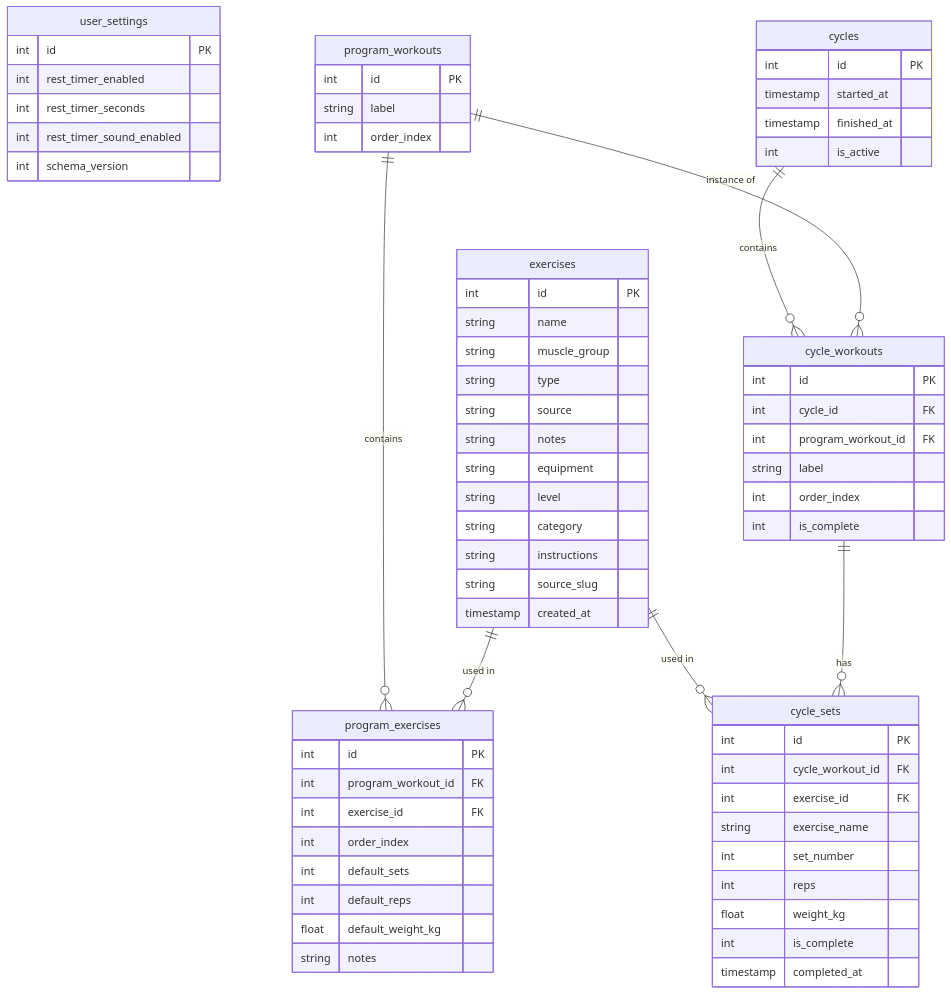
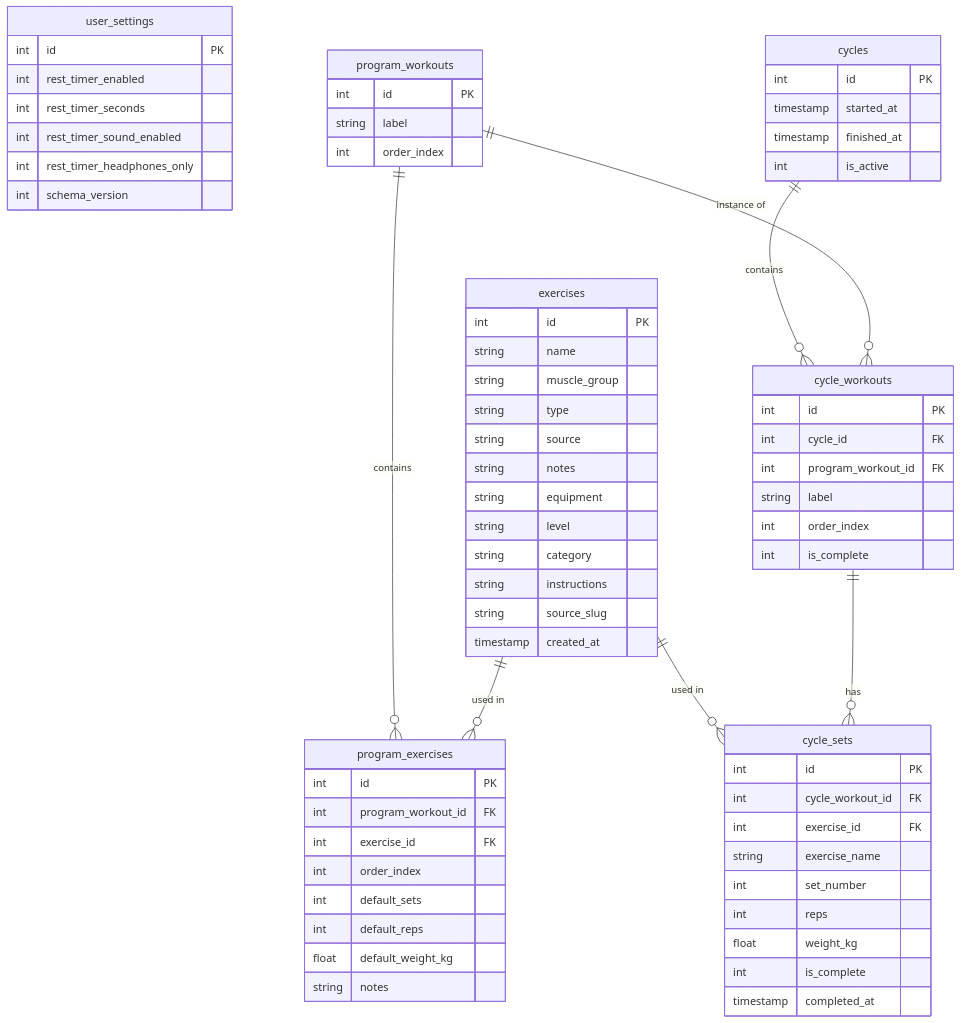
Before and after one commit to Kevintrf/MyTrainingHabits: the diagram in database/schema.md, drawn with Mermaid. The commit also changed other lines of this file and 10 other files, not shown here.

First line of the commit message:
feat: "Headphones only" option for the rest-complete sound

````diff
--- a/database/schema.md
+++ b/database/schema.md
@@ -5,77 +5,78 @@
 ```mermaid
 erDiagram
     user_settings {
         int id PK
         int rest_timer_enabled
         int rest_timer_seconds
         int rest_timer_sound_enabled
+        int rest_timer_headphones_only
         int schema_version
     }
 
     exercises {
         int id PK
         string name
         string muscle_group
         string type
         string source
         string notes
         string equipment
         string level
         string category
         string instructions
         string source_slug
         timestamp created_at
     }
 
     program_workouts {
         int id PK
         string label
         int order_index
     }
 
     program_exercises {
         int id PK
         int program_workout_id FK
         int exercise_id FK
         int order_index
         int default_sets
         int default_reps
         float default_weight_kg
         string notes
     }
 
     cycles {
         int id PK
         timestamp started_at
         timestamp finished_at
         int is_active
     }
 
     cycle_workouts {
         int id PK
         int cycle_id FK
         int program_workout_id FK
         string label
         int order_index
         int is_complete
     }
 
     cycle_sets {
         int id PK
         int cycle_workout_id FK
         int exercise_id FK
         string exercise_name
         int set_number
         int reps
         float weight_kg
         int is_complete
         timestamp completed_at
     }
 
     program_workouts ||--o{ program_exercises : "contains"
     exercises ||--o{ program_exercises : "used in"
     exercises ||--o{ cycle_sets : "used in"
     cycles ||--o{ cycle_workouts : "contains"
     program_workouts ||--o{ cycle_workouts : "instance of"
     cycle_workouts ||--o{ cycle_sets : "has"
 ```
````
